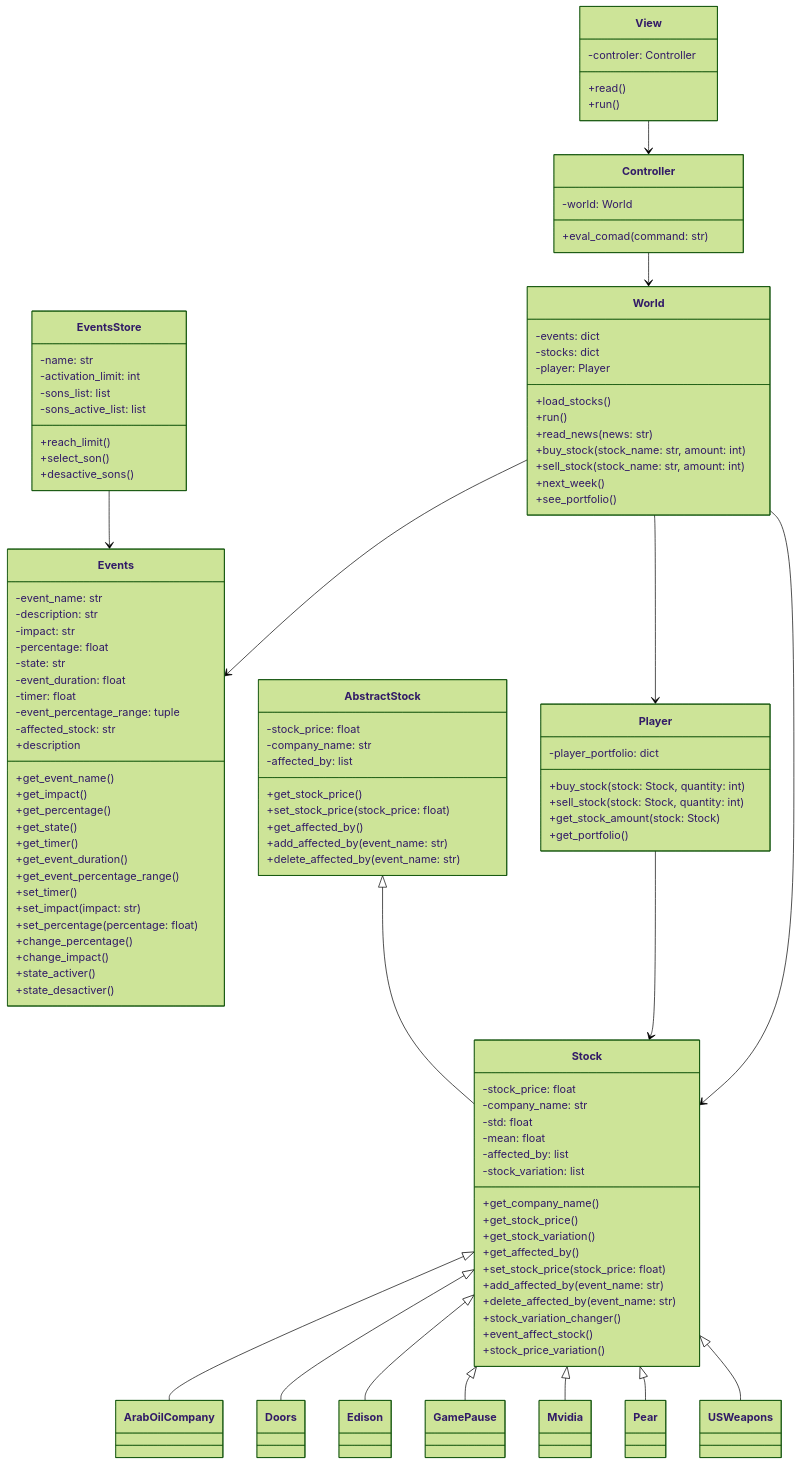
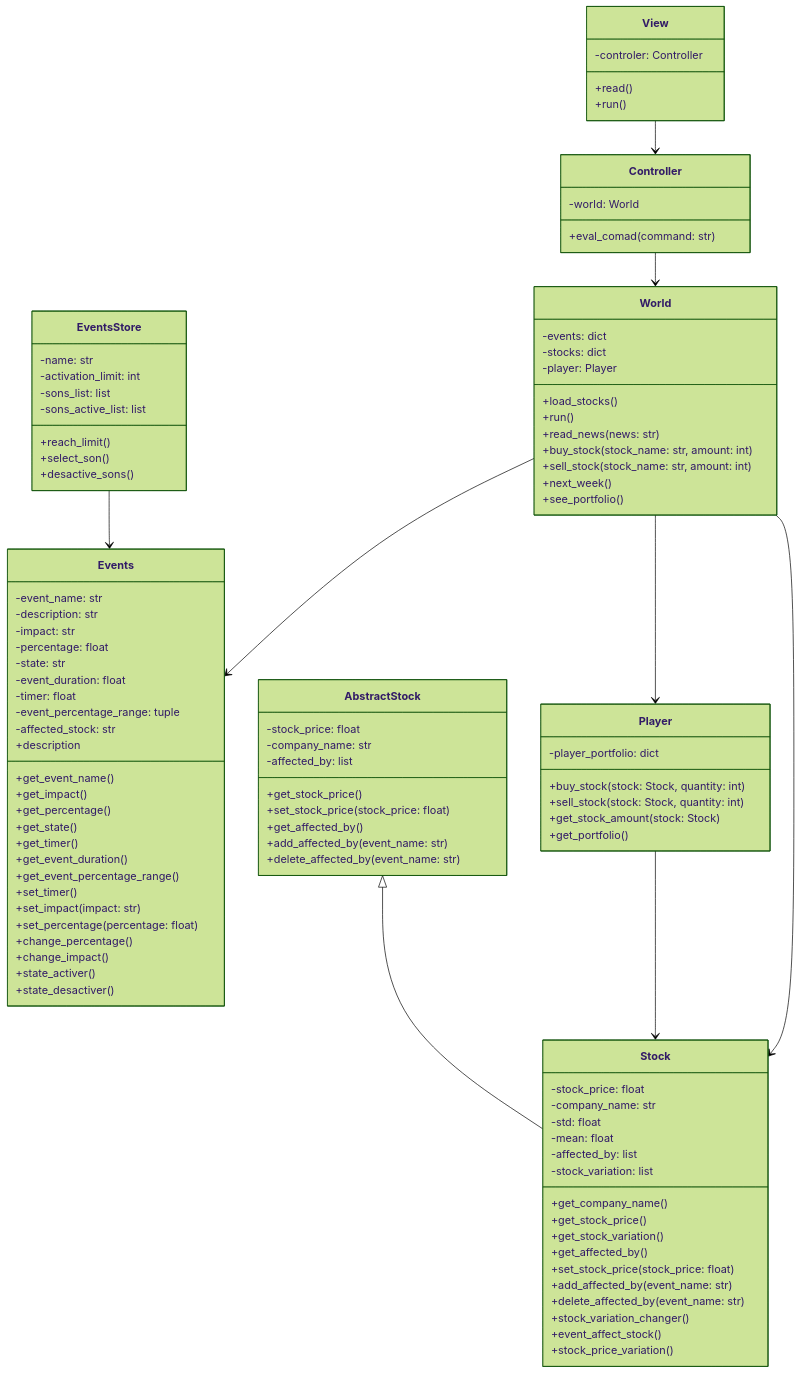
One commit to barret50cal3011/Funds-Amentals changed the diagram in README.md. Above: the diagram before and after it, drawn with Mermaid (forest theme).

```diff
--- a/README.md
+++ b/README.md
@@ -82,27 +82,6 @@
         +stock_price_variation() 
     }
 
-    class ArabOilCompany {
-    }
-
-    class Doors {
-    }
-
-    class Edison {
-    }
-
-    class GamePause {
-    }
-
-    class Mvidia {
-    }
-
-    class Pear {
-    }
-
-    class USWeapons {
-    }
-
     class Controller {
         -world: World
         +eval_comad(command: str) 
@@ -137,13 +116,6 @@
 
     EventsStore --> Events
     AbstractStock <|-- Stock
-    Stock <|-- ArabOilCompany
-    Stock <|-- Doors
-    Stock <|-- Edison
-    Stock <|-- GamePause
-    Stock <|-- Mvidia
-    Stock <|-- Pear
-    Stock <|-- USWeapons
     Controller --> World
     Player --> Stock
     View --> Controller
```
